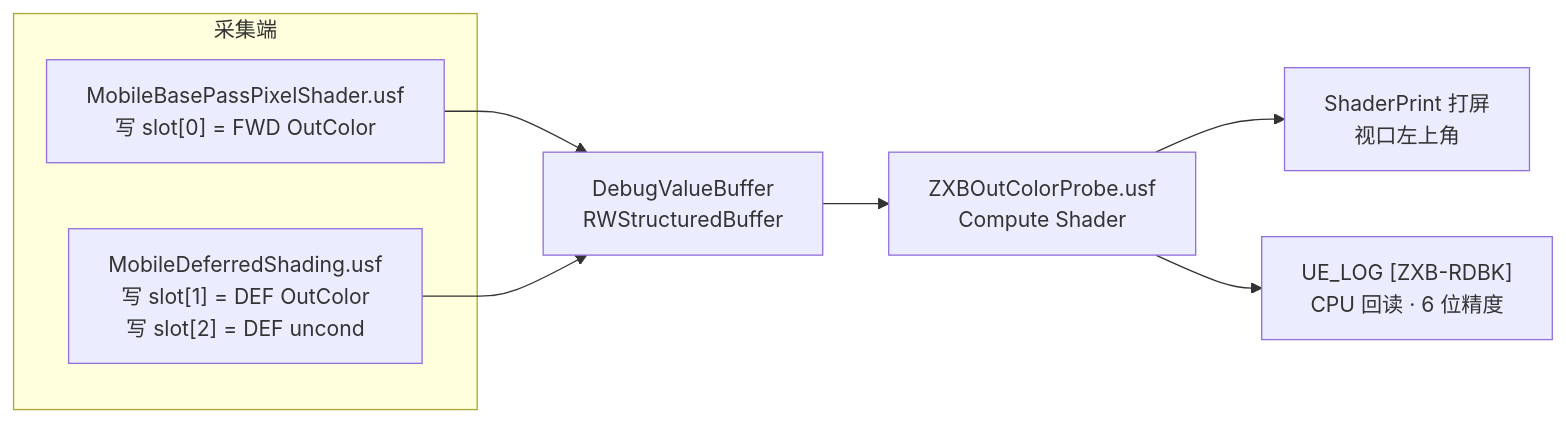
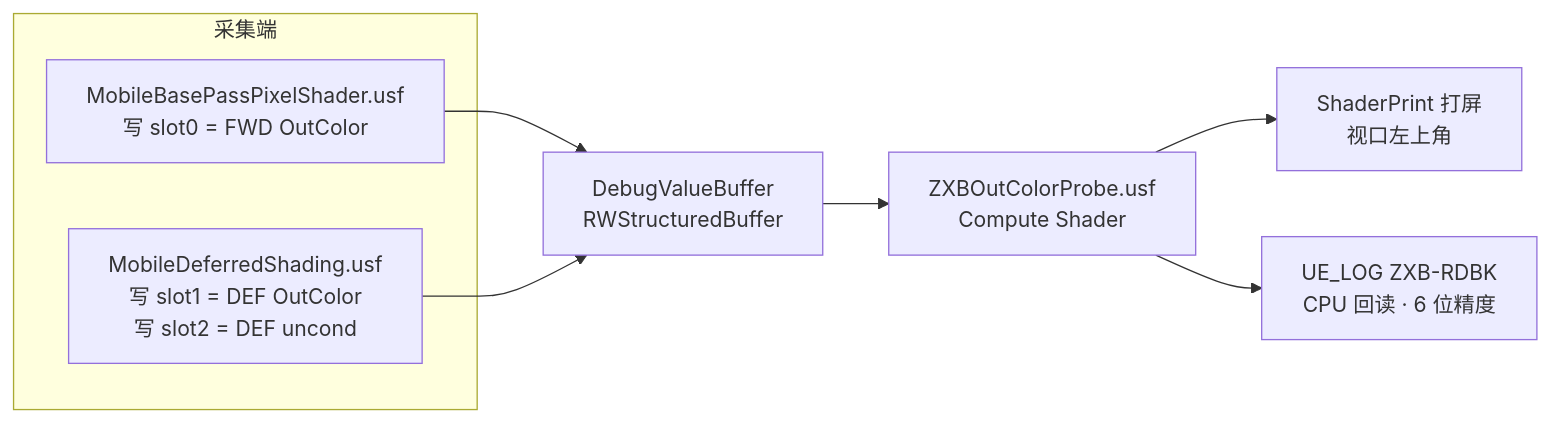
Before and after one commit to 1401213887/AiDoc: the third of 3 diagrams in ZXBUnrealDebug_使用文档.md, drawn with Mermaid. The commit also changed other lines of this file, not shown here.

````diff
--- a/ZXBUnrealDebug_使用文档.md
+++ b/ZXBUnrealDebug_使用文档.md
@@ -86,16 +89,16 @@
 ```mermaid
 flowchart LR
     subgraph 采集端
-        F["MobileBasePassPixelShader.usf<br/>写 slot[0] = FWD OutColor"]
-        D["MobileDeferredShading.usf<br/>写 slot[1] = DEF OutColor<br/>写 slot[2] = DEF uncond"]
+        F["MobileBasePassPixelShader.usf<br/>写 slot0 = FWD OutColor"]
+        D["MobileDeferredShading.usf<br/>写 slot1 = DEF OutColor<br/>写 slot2 = DEF uncond"]
     end
     B["DebugValueBuffer<br/>RWStructuredBuffer"]
     C["ZXBOutColorProbe.usf<br/>Compute Shader"]
     S["ShaderPrint 打屏<br/>视口左上角"]
-    R["UE_LOG [ZXB-RDBK]<br/>CPU 回读 · 6 位精度"]
+    R["UE_LOG ZXB-RDBK<br/>CPU 回读 · 6 位精度"]
     F --> B
     D --> B
     B --> C
     C --> S
     C --> R
 ```
````
